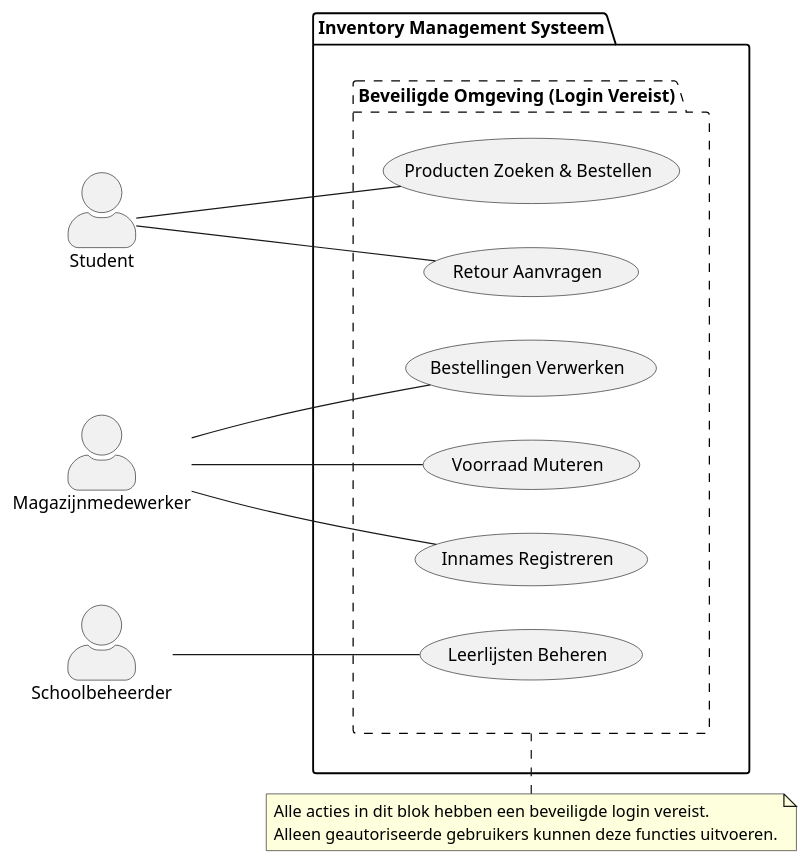
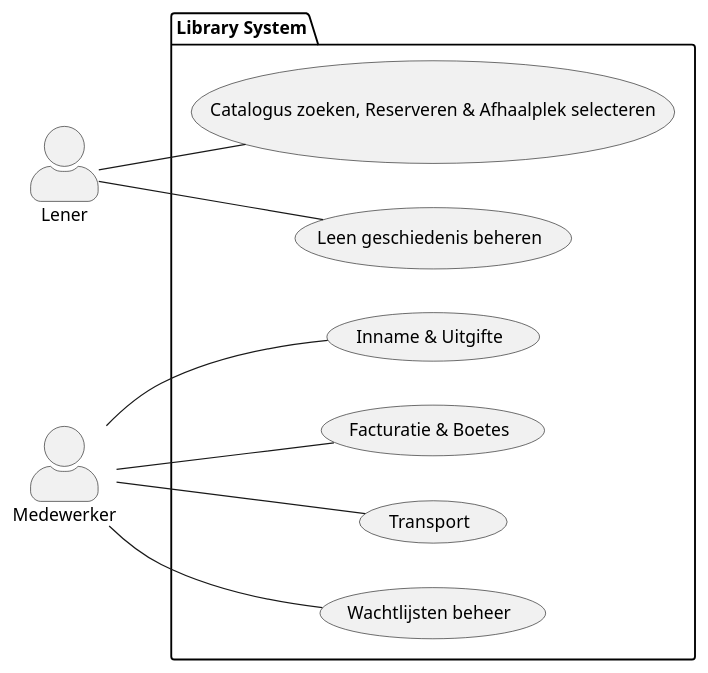
Before and after one commit to Scamspio/Scrum-3-LMS: the diagram in usecase/usecase.wsd, drawn with PlantUML.

Commit message:
added use-case alterations

```diff
--- a/usecase/usecase.wsd
+++ b/usecase/usecase.wsd
@@ -1,38 +1,25 @@
-@startuml
+@startuml usecase
 left to right direction
 skinparam actorstyle awesome
 
-actor "Student" as Student
-actor "Magazijnmedewerker" as Staff
-actor "Schoolbeheerder" as School
+actor "Lener" as User
+actor "Medewerker" as Staff
 
-package "Inventory Management Systeem" {
+package "Library System" {
+    usecase "Catalogus zoeken, Reserveren & Afhaalplek selecteren" as Reserve
+    usecase "Leen geschiedenis beheren" as Account
     
-    
-    package "Beveiligde Omgeving (Login Vereist)" #line.dashed {
-        usecase "Producten Zoeken & Bestellen" as Order
-        usecase "Retour Aanvragen" as Return
-        usecase "Leerlijsten Beheren" as Booklist
-        usecase "Bestellingen Verwerken" as Process
-        usecase "Voorraad Muteren" as Inventory
-        usecase "Innames Registreren" as Intake
-    }
+    usecase "Inname & Uitgifte" as Loan
+    usecase "Facturatie & Boetes" as Billing
+    usecase "Transport" as Logistics
+    usecase "Wachtlijsten beheer" as Waitlist
 }
 
+User -- Reserve
+User -- Account
 
-Student -- Order
-Student -- Return
-
-School -- Booklist
-
-Staff -- Process
-Staff -- Intake
-Staff -- Inventory
-
-
-note top of "Beveiligde Omgeving (Login Vereist)"
-  Alle acties in dit blok hebben een beveiligde login vereist. 
-  Alleen geautoriseerde gebruikers kunnen deze functies uitvoeren.
-end note
-
+Staff -- Loan
+Staff -- Billing
+Staff -- Logistics
+Staff -- Waitlist
 @enduml
```
